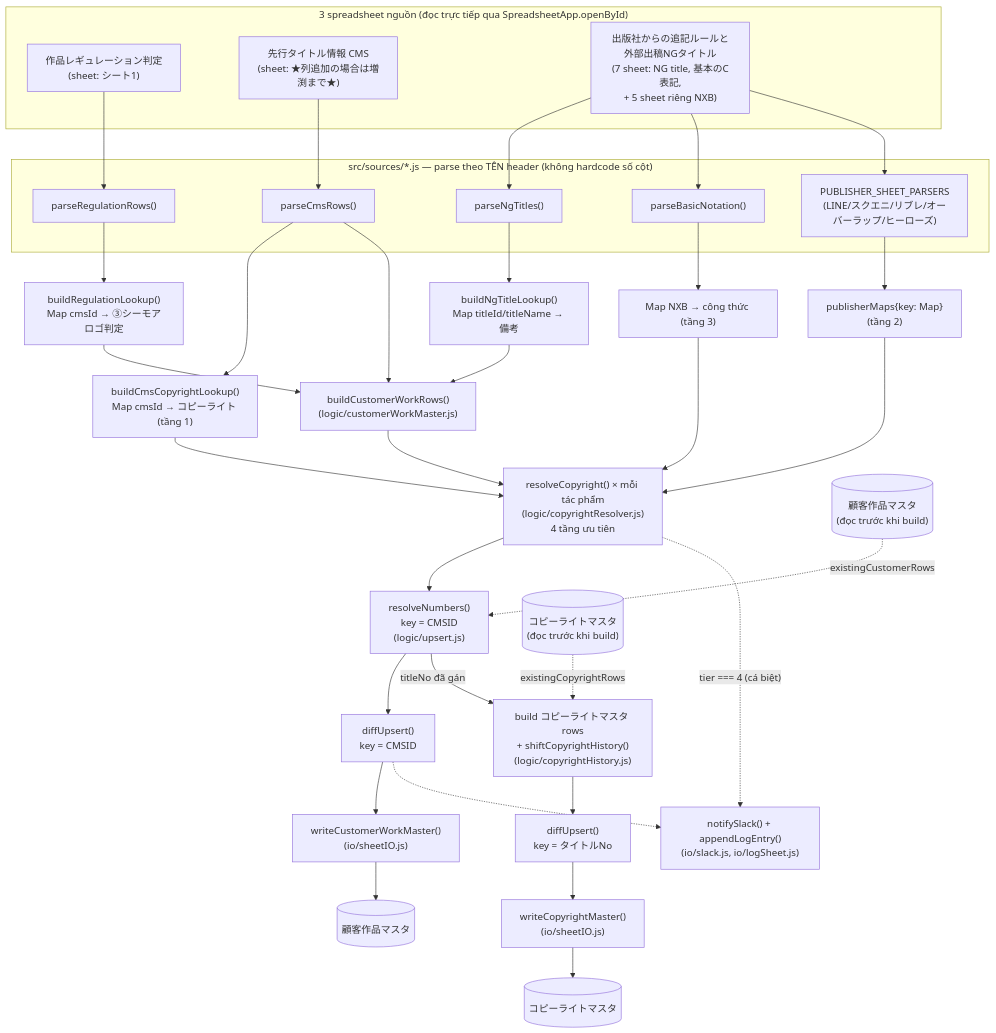
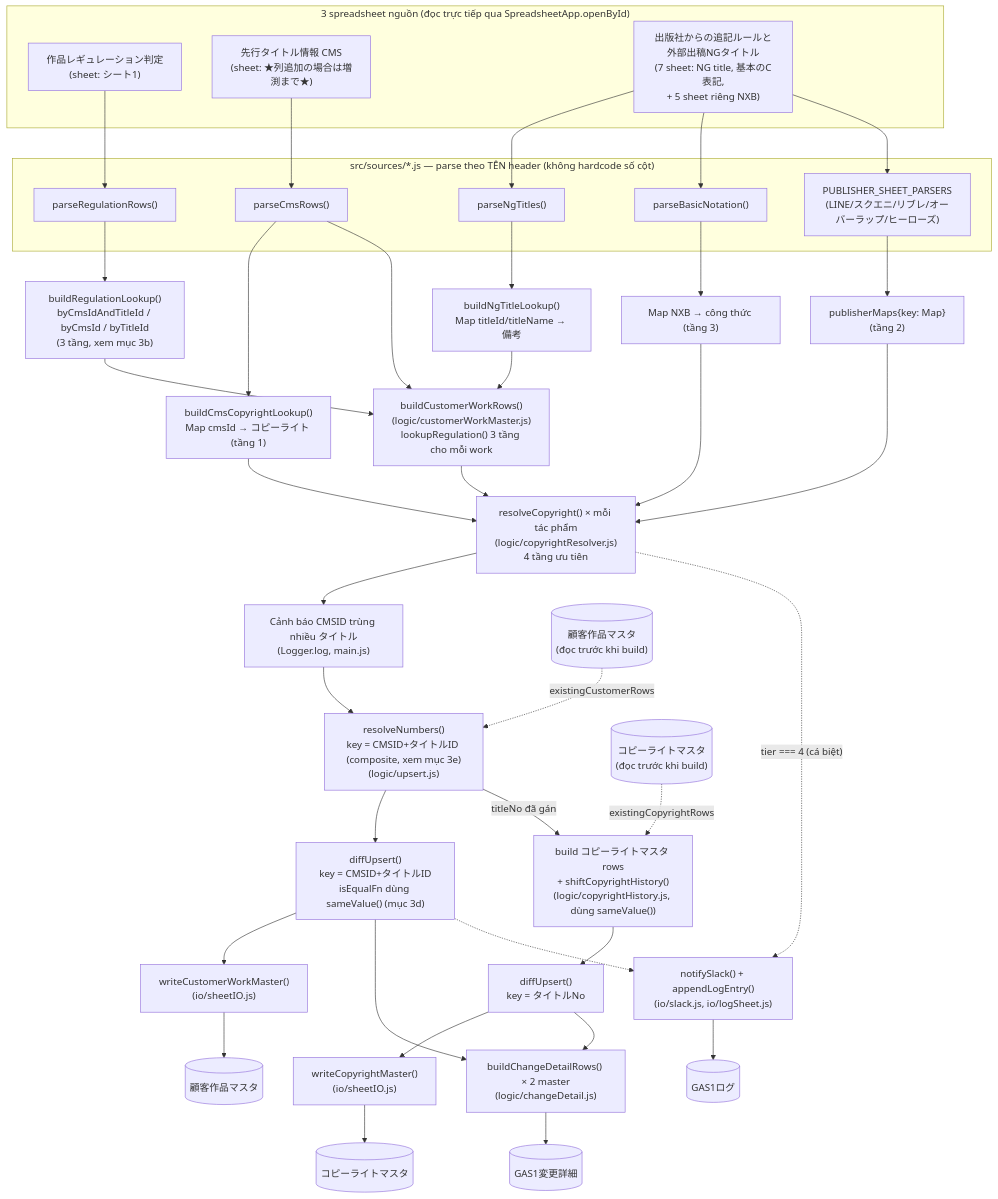
Before and after one commit to long-npl/ntt-solmare: the first of 2 diagrams in docs/gas1-van-hanh.md, drawn with Mermaid. The commit also changed other lines of this file, not shown here.

First line of the commit message:
Update gas1-van-hanh.md with the 3 bugs found/fixed during debug testing

````diff
--- a/docs/gas1-van-hanh.md
+++ b/docs/gas1-van-hanh.md
@@ -11,47 +11,53 @@
 ```mermaid
 flowchart TB
     subgraph SRC["3 spreadsheet nguồn (đọc trực tiếp qua SpreadsheetApp.openById)"]
         REG["作品レギュレーション判定<br/>(sheet: シート1)"]
         CMS["先行タイトル情報 CMS<br/>(sheet: ★列追加の場合は増渕まで★)"]
         PUB["出版社からの追記ルールと外部出稿NGタイトル<br/>(7 sheet: NG title, 基本のC表記,<br/>+ 5 sheet riêng NXB)"]
     end
 
     subgraph PARSE["src/sources/*.js — parse theo TÊN header (không hardcode số cột)"]
         parseReg["parseRegulationRows()"]
         parseCms["parseCmsRows()"]
         parseNg["parseNgTitles()"]
         parseBasic["parseBasicNotation()"]
         parsePub["PUBLISHER_SHEET_PARSERS<br/>(LINE/スクエニ/リブレ/オーバーラップ/ヒーローズ)"]
     end
 
-    REG --> parseReg --> lookupReg["buildRegulationLookup()<br/>Map cmsId → ③シーモアロゴ判定"]
+    REG --> parseReg --> lookupReg["buildRegulationLookup()<br/>byCmsIdAndTitleId / byCmsId / byTitleId<br/>(3 tầng, xem mục 3b)"]
     CMS --> parseCms
     parseCms --> lookupCms["buildCmsCopyrightLookup()<br/>Map cmsId → コピーライト (tầng 1)"]
     PUB --> parseNg --> lookupNg["buildNgTitleLookup()<br/>Map titleId/titleName → 備考"]
     PUB --> parseBasic --> mapBasic["Map NXB → công thức (tầng 3)"]
     PUB --> parsePub --> mapsPub["publisherMaps{key: Map}<br/>(tầng 2)"]
 
-    parseCms --> buildCustomer["buildCustomerWorkRows()<br/>(logic/customerWorkMaster.js)"]
+    parseCms --> buildCustomer["buildCustomerWorkRows()<br/>(logic/customerWorkMaster.js)<br/>lookupRegulation() 3 tầng cho mỗi work"]
     lookupReg --> buildCustomer
     lookupNg --> buildCustomer
 
     buildCustomer --> resolveCopy["resolveCopyright() × mỗi tác phẩm<br/>(logic/copyrightResolver.js)<br/>4 tầng ưu tiên"]
     lookupCms --> resolveCopy
     mapsPub --> resolveCopy
     mapBasic --> resolveCopy
 
-    resolveCopy --> numberCustomer["resolveNumbers()<br/>key = CMSID<br/>(logic/upsert.js)"]
+    resolveCopy --> dupCheck["Cảnh báo CMSID trùng nhiều タイトル<br/>(Logger.log, main.js)"]
+    dupCheck --> numberCustomer["resolveNumbers()<br/>key = CMSID+タイトルID (composite, xem mục 3e)<br/>(logic/upsert.js)"]
     existingCustomer[("顧客作品マスタ<br/>(đọc trước khi build)")] -.existingCustomerRows.-> numberCustomer
-    numberCustomer --> diffCustomer["diffUpsert()<br/>key = CMSID"]
+    numberCustomer --> diffCustomer["diffUpsert()<br/>key = CMSID+タイトルID<br/>isEqualFn dùng sameValue() (mục 3d)"]
     diffCustomer --> writeCustomer["writeCustomerWorkMaster()<br/>(io/sheetIO.js)"]
     writeCustomer --> customerMasterOut[("顧客作品マスタ")]
 
-    numberCustomer -- "titleNo đã gán" --> buildCopyRows["build コピーライトマスタ rows<br/>+ shiftCopyrightHistory()<br/>(logic/copyrightHistory.js)"]
+    numberCustomer -- "titleNo đã gán" --> buildCopyRows["build コピーライトマスタ rows<br/>+ shiftCopyrightHistory()<br/>(logic/copyrightHistory.js, dùng sameValue())"]
     existingCopyright[("コピーライトマスタ<br/>(đọc trước khi build)")] -.existingCopyrightRows.-> buildCopyRows
     buildCopyRows --> diffCopyright["diffUpsert()<br/>key = タイトルNo"]
     diffCopyright --> writeCopyright["writeCopyrightMaster()<br/>(io/sheetIO.js)"]
     writeCopyright --> copyrightMasterOut[("コピーライトマスタ")]
 
+    diffCustomer --> changeDetail["buildChangeDetailRows() × 2 master<br/>(logic/changeDetail.js)"]
+    diffCopyright --> changeDetail
+    changeDetail --> changeDetailOut[("GAS1変更詳細")]
+
     resolveCopy -. "tier === 4 (cá biệt)" .-> slackLog["notifySlack() + appendLogEntry()<br/>(io/slack.js, io/logSheet.js)"]
     diffCustomer -.-> slackLog
+    slackLog --> logOut[("GAS1ログ")]
 ```
````
